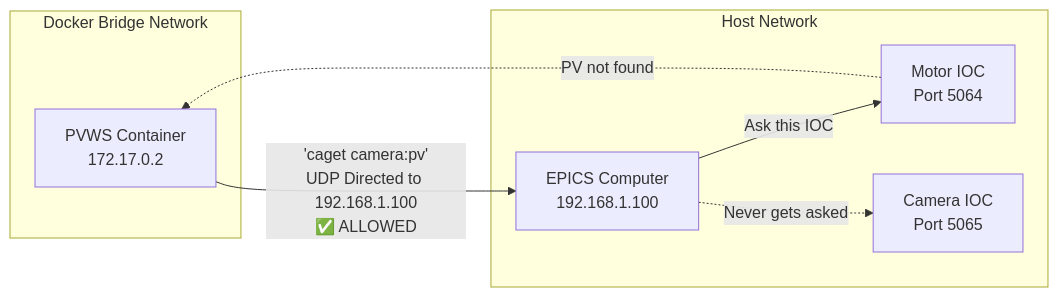
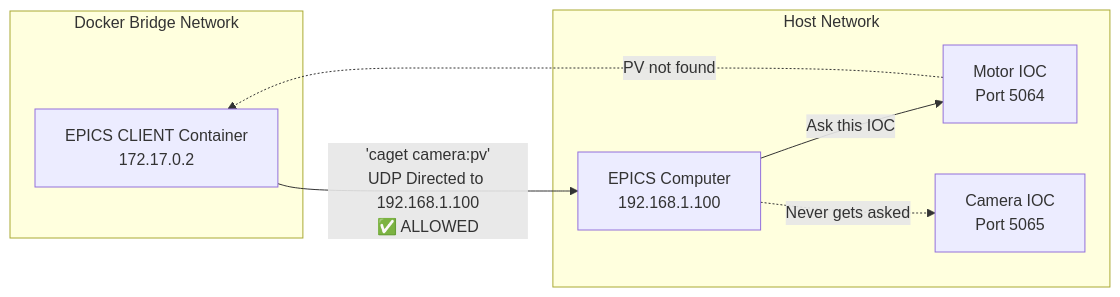
One commit to als-computing/bluesky-web changed the second of 3 diagrams in README.md. Above: the diagram before and after it, drawn with Mermaid. The commit also changed other lines of this file and 26 other files, not shown here.

````diff
--- a/README.md
+++ b/README.md
@@ -291,21 +288,21 @@
 ```mermaid
 graph LR
     subgraph "Docker Bridge Network"
-        A[PVWS Container<br/>172.17.0.2]
+        A[EPICS CLIENT  Container<br/>172.17.0.2]
     end
     
     subgraph "Host Network"
         B[EPICS Computer<br/>192.168.1.100]
         C[Motor IOC<br/>Port 5064]
         D[Camera IOC<br/>Port 5065]
     end
     
     A -->|"'caget camera:pv'<br/>UDP Directed to 192.168.1.100<br/>✅ ALLOWED"| B
     B -->|"Ask this IOC"| C
     C -.->|"PV not found"| A
     B -.->|"Never gets asked"| D
     
     style A fill:#cc
     style C fill:#cc
     style D fill:#cc
 ```
````
